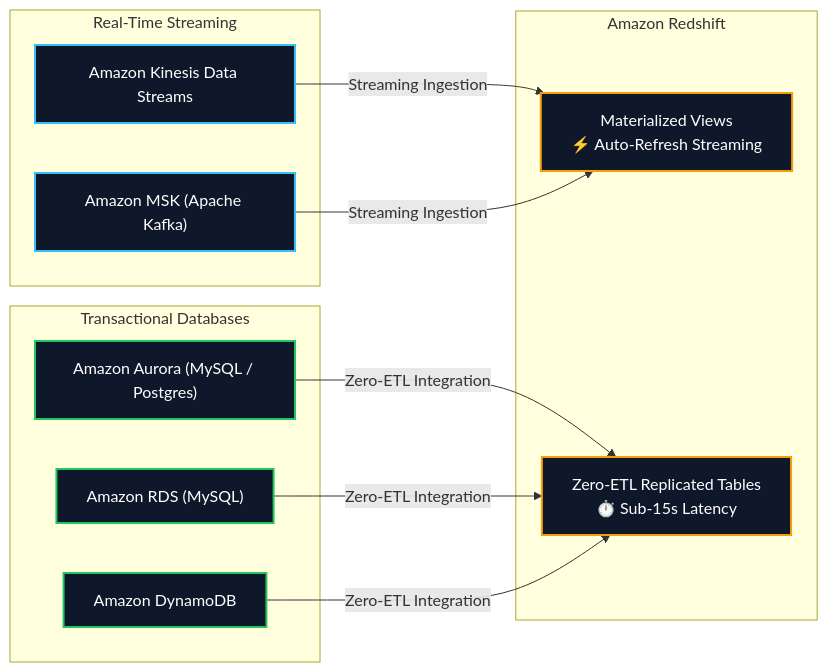
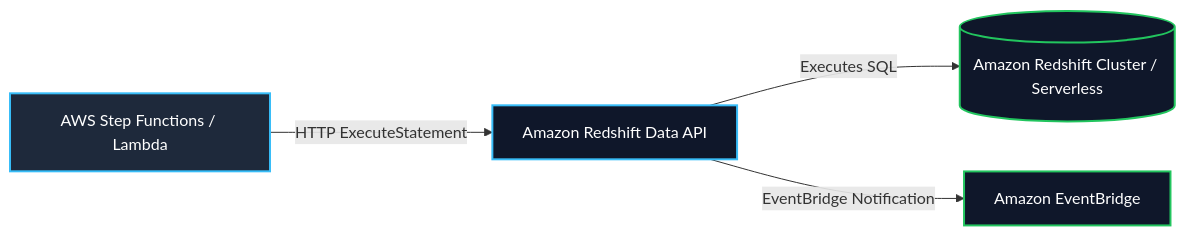
The ninth of 9 diagrams in content/02-services/database/redshift.md (Wathon/aws-dea-c01-note), drawn with Mermaid before and after one commit. The commit also changed other lines of this file, not shown here.

Commit message:
feat(redshift): comprehensively map and detail all 46 course slides (pages 220-265) into master study note

````diff
--- a/content/02-services/database/redshift.md
+++ b/content/02-services/database/redshift.md
@@ -344,32 +529,14 @@
 ```mermaid
 graph LR
-    subgraph StreamSources["Real-Time Streaming"]
-        Kinesis["Amazon Kinesis Data Streams"]
-        MSK["Amazon MSK (Apache Kafka)"]
-    end
+    StepFunc["AWS Step Functions / Lambda"] -->|"HTTP ExecuteStatement"| DataAPI["Amazon Redshift Data API"]
+    DataAPI -->|"Executes SQL"| Redshift[("Amazon Redshift Cluster / Serverless")]
+    DataAPI -->|"EventBridge Notification"| EventBridge["Amazon EventBridge"]
 
-    subgraph ZeroETLSources["Transactional Databases"]
-        Aurora["Amazon Aurora (MySQL / Postgres)"]
-        RDS["Amazon RDS (MySQL)"]
-        DynamoDB["Amazon DynamoDB"]
-    end
+    classDef caller fill:#1e293b,stroke:#38bdf8,stroke-width:2px,color:#fff;
+    classDef api fill:#0f172a,stroke:#38bdf8,stroke-width:2px,color:#fff;
+    classDef dest fill:#0f172a,stroke:#22c55e,stroke-width:2px,color:#fff;
 
-    subgraph RedshiftTarget["Amazon Redshift"]
-        MatView["Materialized Views<br/>⚡ Auto-Refresh Streaming"]
-        ZeroETLTarget["Zero-ETL Replicated Tables<br/>⏱️ Sub-15s Latency"]
-    end
-
-    Kinesis -->|"Streaming Ingestion"| MatView
-    MSK -->|"Streaming Ingestion"| MatView
-    Aurora -->|"Zero-ETL Integration"| ZeroETLTarget
-    RDS -->|"Zero-ETL Integration"| ZeroETLTarget
-    DynamoDB -->|"Zero-ETL Integration"| ZeroETLTarget
-
-    classDef stream fill:#0f172a,stroke:#38bdf8,stroke-width:2px,color:#fff;
-    classDef trans fill:#0f172a,stroke:#22c55e,stroke-width:2px,color:#fff;
-    classDef target fill:#0f172a,stroke:#f59e0b,stroke-width:2px,color:#fff;
-
-    class Kinesis,MSK stream;
-    class Aurora,RDS,DynamoDB trans;
-    class MatView,ZeroETLTarget target;
+    class StepFunc caller;
+    class DataAPI api;
+    class Redshift,EventBridge dest;
 ```
````
